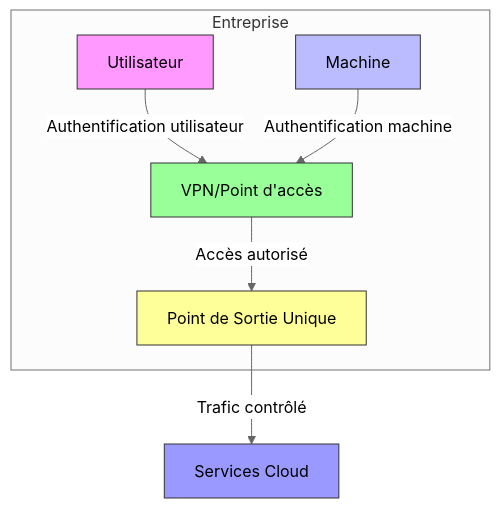
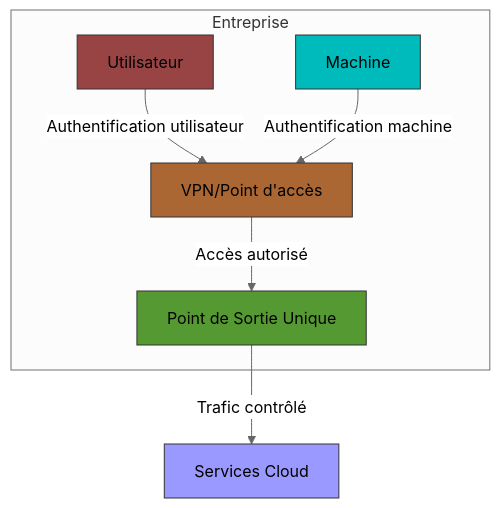
Before and after one commit to AISI-FR/aisi-fr.github.io: the diagram in threatintel/2026-07-06_Extension_de_Navigateur_Angle_Mort_de_la_Sécurité_des_Entreprises/index.md, drawn with Mermaid (neutral theme). The commit also changed other lines of this file, not shown here.

Commit message:
quickfix extensions navigateur

````diff
--- a/threatintel/2026-07-06_Extension_de_Navigateur_Angle_Mort_de_la_Sécurité_des_Entreprises/index.md
+++ b/threatintel/2026-07-06_Extension_de_Navigateur_Angle_Mort_de_la_Sécurité_des_Entreprises/index.md
@@ -244,16 +247,16 @@
 ```mermaid
 graph TD
     subgraph Entreprise
         A[Utilisateur] -->|Authentification utilisateur| B[VPN/Point d'accès]
         C[Machine] -->|Authentification machine| B
         B -->|Accès autorisé| D[Point de Sortie Unique]
     end
     
     D -->|Trafic contrôlé| E[Services Cloud]
-    
-    style A fill:#f9f,stroke:#333
-    style C fill:#bbf,stroke:#333
-    style B fill:#9f9,stroke:#333
-    style D fill:#ff9,stroke:#333
+
+    style A fill:#944,stroke:#333
+    style C fill:#0bb,stroke:#333
+    style B fill:#a63,stroke:#333
+    style D fill:#593,stroke:#333
     style E fill:#99f,stroke:#333
 ```
````
